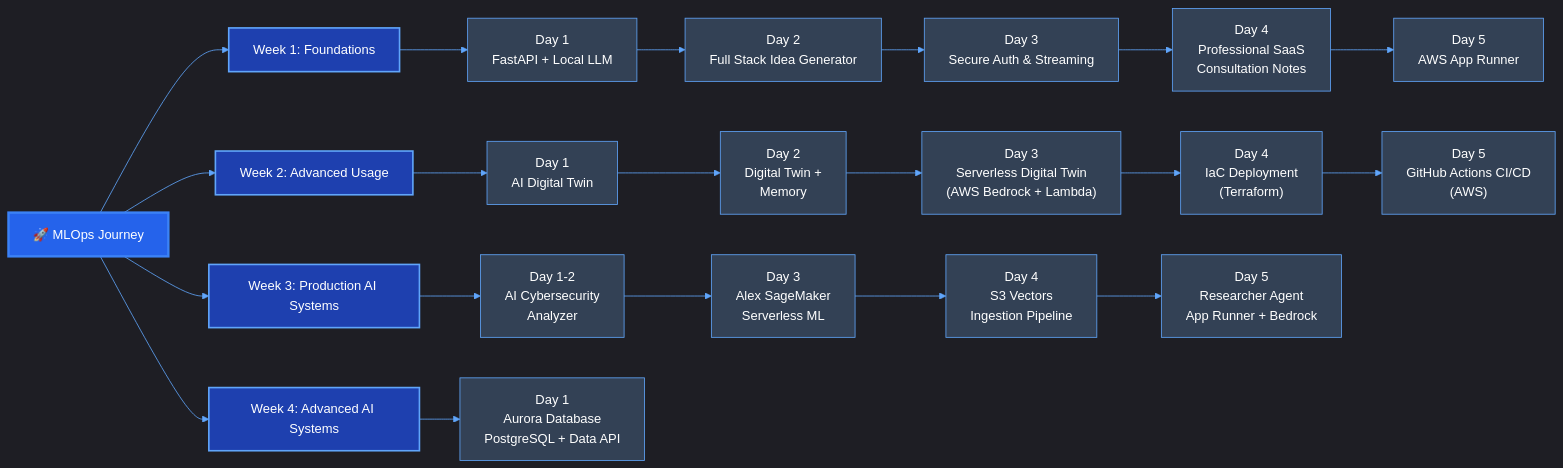
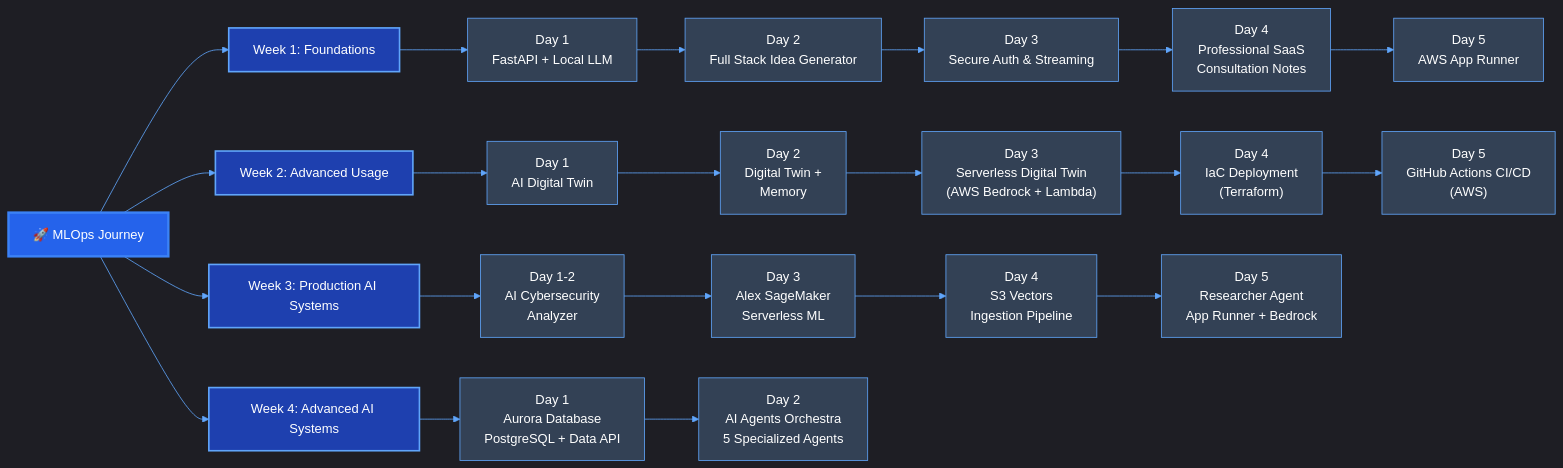
One commit to baloglu321/mlops-journey changed the first of 8 diagrams in README.md. Above: the diagram before and after it, drawn with Mermaid. The commit also changed other lines of this file and 10 other files, not shown here.

````diff
--- a/README.md
+++ b/README.md
@@ -23,44 +23,46 @@
 ```mermaid
 %%{init: {'theme': 'dark', 'themeVariables': { 'primaryColor': '#2563eb', 'primaryTextColor': '#fff', 'primaryBorderColor': '#3b82f6', 'lineColor': '#60a5fa', 'secondaryColor': '#1e40af', 'tertiaryColor': '#1e3a8a'}}}%%
 graph LR
     A[🚀 MLOps Journey] --> B[Week 1: Foundations]
     B --> C[Day 1<br/>FastAPI + Local LLM]
     C --> D[Day 2<br/>Full Stack Idea Generator]
     D --> E[Day 3<br/>Secure Auth & Streaming]
     E --> F[Day 4<br/>Professional SaaS<br/>Consultation Notes]
     F --> G[Day 5<br/>AWS App Runner]
     A --> H[Week 2: Advanced Usage]
     H --> I[Day 1<br/>AI Digital Twin]
     I --> J[Day 2<br/>Digital Twin +<br/>Memory]
     J --> K["Day 3<br/>Serverless Digital Twin<br/>(AWS Bedrock + Lambda)"]
     K --> L["Day 4<br/>IaC Deployment<br/>(Terraform)"]
     L --> M["Day 5<br/>GitHub Actions CI/CD<br/>(AWS)"]
     A --> N[Week 3: Production AI Systems]
     N --> O["Day 1-2<br/>AI Cybersecurity<br/>Analyzer"]
     O --> P["Day 3<br/>Alex SageMaker<br/>Serverless ML"]
     P --> Q["Day 4<br/>S3 Vectors<br/>Ingestion Pipeline"]
     Q --> R["Day 5<br/>Researcher Agent<br/>App Runner + Bedrock"]
     A --> S[Week 4: Advanced AI Systems]
     S --> T["Day 1<br/>Aurora Database<br/>PostgreSQL + Data API"]
+    T --> U["Day 2<br/>AI Agents Orchestra<br/>5 Specialized Agents"]
     
     style A fill:#2563eb,stroke:#3b82f6,stroke-width:3px,color:#fff
     style B fill:#1e40af,stroke:#60a5fa,stroke-width:2px,color:#fff
     style C fill:#334155,stroke:#60a5fa,color:#fff
     style D fill:#334155,stroke:#60a5fa,color:#fff
     style E fill:#334155,stroke:#60a5fa,color:#fff
     style F fill:#334155,stroke:#60a5fa,color:#fff
     style G fill:#334155,stroke:#60a5fa,color:#fff
     style H fill:#1e40af,stroke:#60a5fa,stroke-width:2px,color:#fff
     style I fill:#334155,stroke:#60a5fa,color:#fff
     style J fill:#334155,stroke:#60a5fa,color:#fff
     style K fill:#334155,stroke:#60a5fa,color:#fff
     style L fill:#334155,stroke:#60a5fa,color:#fff
     style M fill:#334155,stroke:#60a5fa,color:#fff
     style N fill:#1e40af,stroke:#60a5fa,stroke-width:2px,color:#fff
     style O fill:#334155,stroke:#60a5fa,color:#fff
     style P fill:#334155,stroke:#60a5fa,color:#fff
     style Q fill:#334155,stroke:#60a5fa,color:#fff
     style R fill:#334155,stroke:#60a5fa,color:#fff
     style S fill:#1e40af,stroke:#60a5fa,stroke-width:2px,color:#fff
     style T fill:#334155,stroke:#60a5fa,color:#fff
+    style U fill:#334155,stroke:#60a5fa,color:#fff
 ```
````
